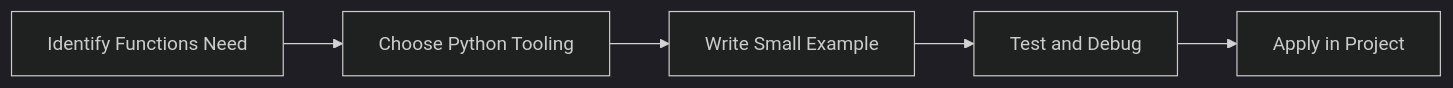
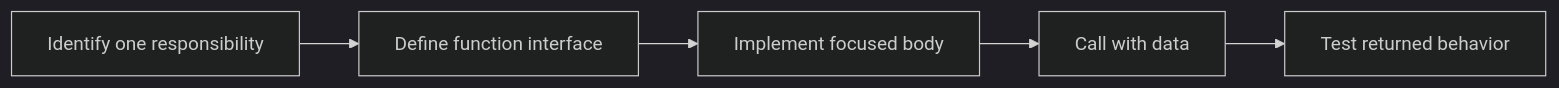
Before and after one commit to SYMOIZ/E-Learning-Portal: the diagram in Python-Mastery/Beginner/21-functions.md, drawn with Mermaid (dark theme). The commit also changed other lines of this file and 116 other files, not shown here.

````diff
--- a/Python-Mastery/Beginner/21-functions.md
+++ b/Python-Mastery/Beginner/21-functions.md
@@ -131,7 +142,12 @@
 ```mermaid
 flowchart LR
-    A[Identify Functions Need] --> B[Choose Python Tooling]
-    B --> C[Write Small Example]
-    C --> D[Test and Debug]
-    D --> E[Apply in Project]
+    A[Identify one responsibility]
+    B[Define function interface]
+    C[Implement focused body]
+    D[Call with data]
+    E[Test returned behavior]
+    A --> B
+    B --> C
+    C --> D
+    D --> E
 ```
````
